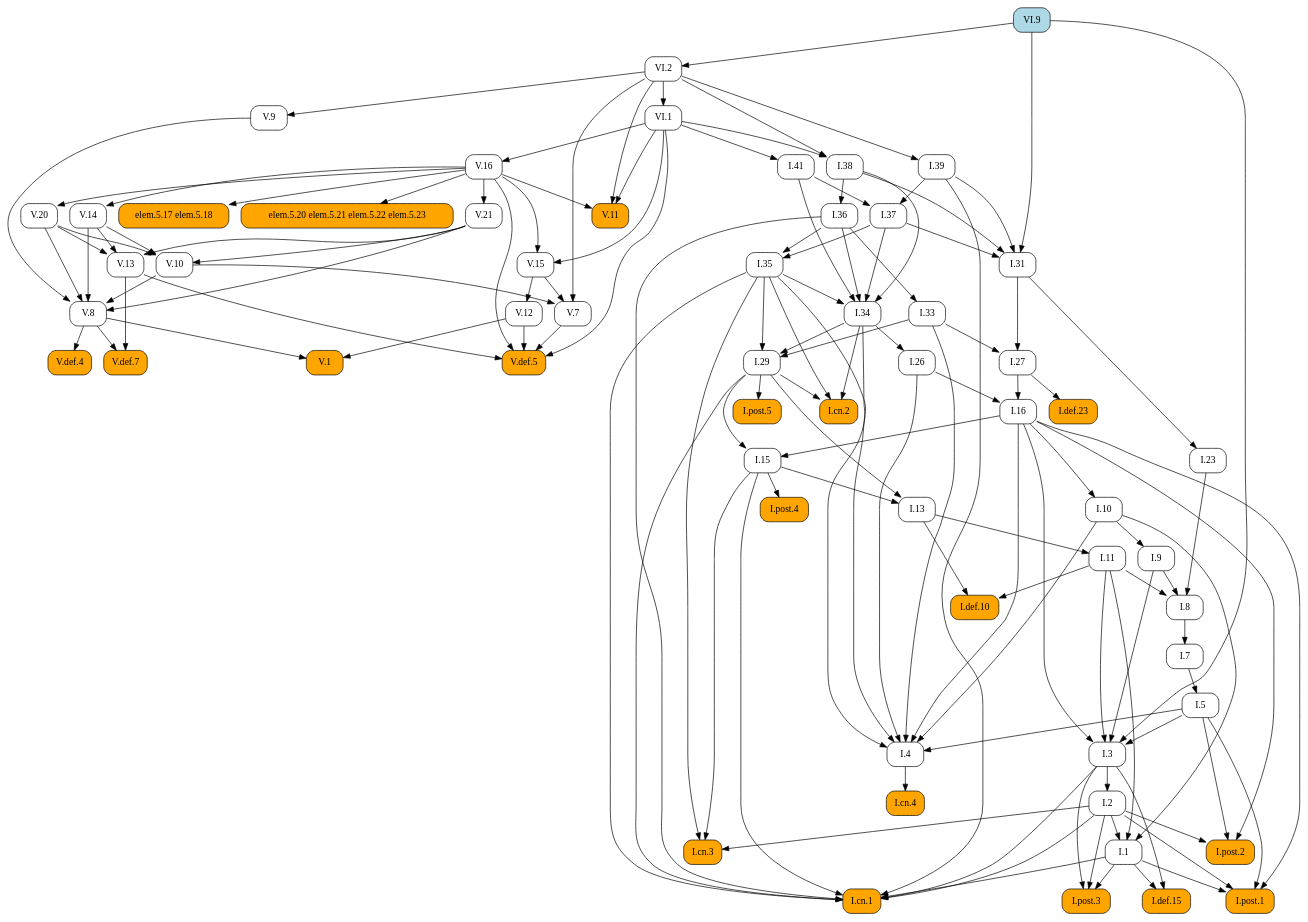
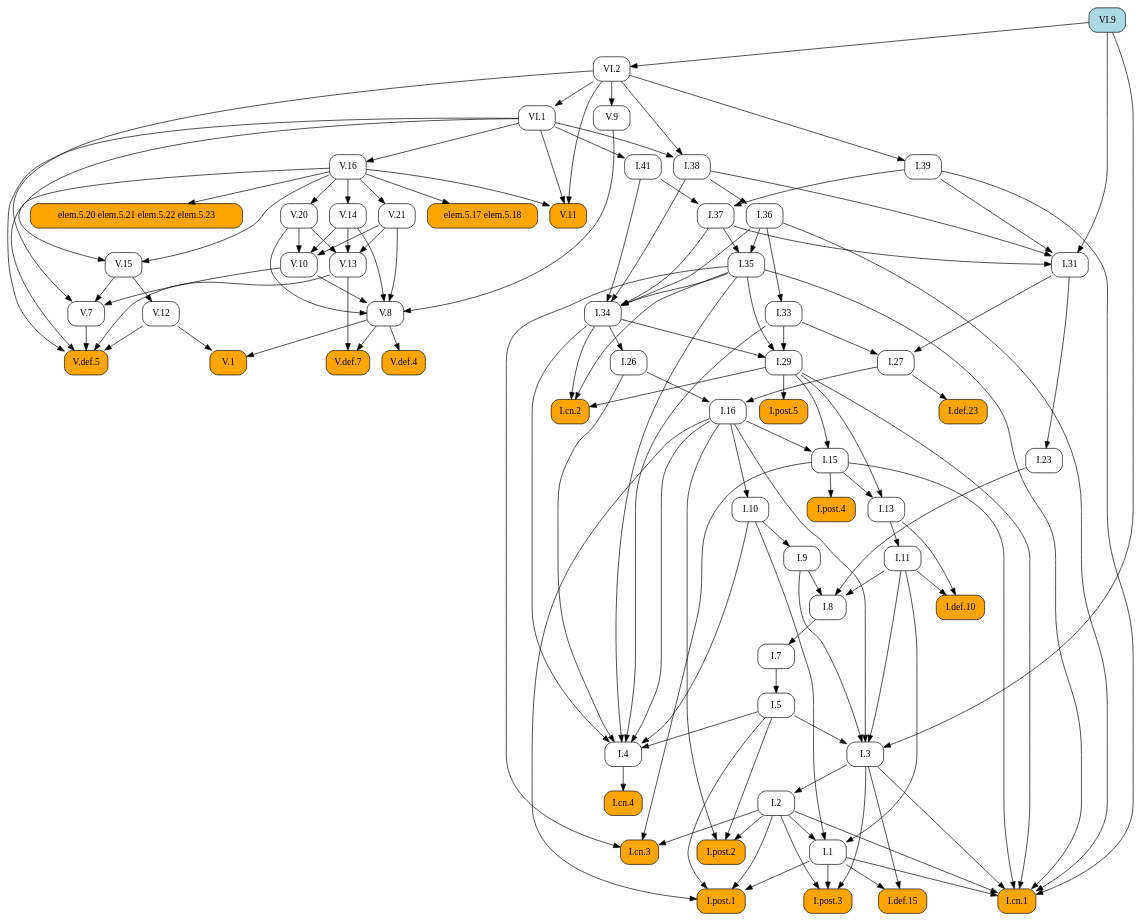
Before and after one commit to geometor/elements: the diagram in docsrc/elements2/VI/9/index.rst, drawn with Graphviz. The commit also changed other lines of this file and 171 other files, not shown here.

```diff
--- a/docsrc/elements2/VI/9/index.rst
+++ b/docsrc/elements2/VI/9/index.rst
@@ -49,165 +49,137 @@
    digraph {
      rankdir="TB";
      node [shape=box, style=rounded];
-     "I.37" [URL="/elements2/I/37/", target="_top"];
+     "I.8" [URL="/elements2/I/8/", target="_top"];
+     "V.20" [URL="/elements2/V/20/", target="_top"];
+     "I.36" [URL="/elements2/I/36/", target="_top"];
+     "V.def.5" [style="rounded,filled", fillcolor=orange, URL="/elements2/V/def.5/", target="_top"];
+     "V.def.7" [style="rounded,filled", fillcolor=orange, URL="/elements2/V/def.7/", target="_top"];
+     "I.post.1" [style="rounded,filled", fillcolor=orange, URL="/elements2/I/post.1/", target="_top"];
+     "V.def.4" [style="rounded,filled", fillcolor=orange, URL="/elements2/V/def.4/", target="_top"];
+     "I.33" [URL="/elements2/I/33/", target="_top"];
+     "I.5" [URL="/elements2/I/5/", target="_top"];
+     "I.38" [URL="/elements2/I/38/", target="_top"];
      "elem.5.17 elem.5.18" [style="rounded,filled", fillcolor=orange];
+     "VI.1" [URL="/elements2/VI/1/", target="_top"];
+     "V.11" [style="rounded,filled", fillcolor=orange, URL="/elements2/V/11/", target="_top"];
+     "I.post.5" [style="rounded,filled", fillcolor=orange, URL="/elements2/I/post.5/", target="_top"];
+     "V.13" [URL="/elements2/V/13/", target="_top"];
+     "I.def.10" [style="rounded,filled", fillcolor=orange, URL="/elements2/I/def.10/", target="_top"];
+     "I.cn.2" [style="rounded,filled", fillcolor=orange, URL="/elements2/I/cn.2/", target="_top"];
+     "I.def.15" [style="rounded,filled", fillcolor=orange, URL="/elements2/I/def.15/", target="_top"];
+     "V.9" [URL="/elements2/V/9/", target="_top"];
+     "V.16" [URL="/elements2/V/16/", target="_top"];
+     "I.31" [URL="/elements2/I/31/", target="_top"];
+     "V.15" [URL="/elements2/V/15/", target="_top"];
+     "I.11" [URL="/elements2/I/11/", target="_top"];
+     "I.3" [URL="/elements2/I/3/", target="_top"];
+     "I.post.2" [style="rounded,filled", fillcolor=orange, URL="/elements2/I/post.2/", target="_top"];
+     "I.def.23" [style="rounded,filled", fillcolor=orange, URL="/elements2/I/def.23/", target="_top"];
+     "I.26" [URL="/elements2/I/26/", target="_top"];
+     "VI.9" [style="rounded,filled", fillcolor=lightblue, URL="/elements2/VI/9/", target="_top"];
+     "V.14" [URL="/elements2/V/14/", target="_top"];
+     "V.10" [URL="/elements2/V/10/", target="_top"];
+     "I.1" [URL="/elements2/I/1/", target="_top"];
+     "I.cn.3" [style="rounded,filled", fillcolor=orange, URL="/elements2/I/cn.3/", target="_top"];
+     "I.cn.4" [style="rounded,filled", fillcolor=orange, URL="/elements2/I/cn.4/", target="_top"];
+     "I.7" [URL="/elements2/I/7/", target="_top"];
+     "I.9" [URL="/elements2/I/9/", target="_top"];
      "V.7" [URL="/elements2/V/7/", target="_top"];
-     "I.def.10" [style="rounded,filled", fillcolor=orange, URL="/elements2/I/def.10/", target="_top"];
-     "I.34" [URL="/elements2/I/34/", target="_top"];
-     "I.def.15" [style="rounded,filled", fillcolor=orange, URL="/elements2/I/def.15/", target="_top"];
-     "V.def.5" [style="rounded,filled", fillcolor=orange, URL="/elements2/V/def.5/", target="_top"];
-     "I.post.3" [style="rounded,filled", fillcolor=orange, URL="/elements2/I/post.3/", target="_top"];
-     "I.cn.4" [style="rounded,filled", fillcolor=orange, URL="/elements2/I/cn.4/", target="_top"];
-     "V.def.7" [style="rounded,filled", fillcolor=orange, URL="/elements2/V/def.7/", target="_top"];
-     "VI.9" [style="rounded,filled", fillcolor=lightblue, URL="/elements2/VI/9/", target="_top"];
-     "I.41" [URL="/elements2/I/41/", target="_top"];
-     "I.36" [URL="/elements2/I/36/", target="_top"];
-     "I.27" [URL="/elements2/I/27/", target="_top"];
-     "V.10" [URL="/elements2/V/10/", target="_top"];
-     "I.post.2" [style="rounded,filled", fillcolor=orange, URL="/elements2/I/post.2/", target="_top"];
-     "I.13" [URL="/elements2/I/13/", target="_top"];
-     "I.10" [URL="/elements2/I/10/", target="_top"];
-     "I.post.1" [style="rounded,filled", fillcolor=orange, URL="/elements2/I/post.1/", target="_top"];
-     "I.7" [URL="/elements2/I/7/", target="_top"];
-     "V.15" [URL="/elements2/V/15/", target="_top"];
-     "V.14" [URL="/elements2/V/14/", target="_top"];
-     "I.11" [URL="/elements2/I/11/", target="_top"];
-     "I.4" [URL="/elements2/I/4/", target="_top"];
-     "V.13" [URL="/elements2/V/13/", target="_top"];
-     "V.16" [URL="/elements2/V/16/", target="_top"];
+     "I.cn.1" [style="rounded,filled", fillcolor=orange, URL="/elements2/I/cn.1/", target="_top"];
+     "I.29" [URL="/elements2/I/29/", target="_top"];
+     "I.16" [URL="/elements2/I/16/", target="_top"];
      "V.1" [style="rounded,filled", fillcolor=orange, URL="/elements2/V/1/", target="_top"];
-     "I.16" [URL="/elements2/I/16/", target="_top"];
-     "I.def.23" [style="rounded,filled", fillcolor=orange, URL="/elements2/I/def.23/", target="_top"];
+     "V.12" [URL="/elements2/V/12/", target="_top"];
      "V.21" [URL="/elements2/V/21/", target="_top"];
      "elem.5.20 elem.5.21 elem.5.22 elem.5.23" [style="rounded,filled", fillcolor=orange];
-     "I.9" [URL="/elements2/I/9/", target="_top"];
+     "I.41" [URL="/elements2/I/41/", target="_top"];
+     "I.35" [URL="/elements2/I/35/", target="_top"];
      "I.2" [URL="/elements2/I/2/", target="_top"];
-     "I.38" [URL="/elements2/I/38/", target="_top"];
+     "I.13" [URL="/elements2/I/13/", target="_top"];
+     "I.27" [URL="/elements2/I/27/", target="_top"];
+     "I.37" [URL="/elements2/I/37/", target="_top"];
+     "I.4" [URL="/elements2/I/4/", target="_top"];
+     "V.8" [URL="/elements2/V/8/", target="_top"];
+     "VI.2" [URL="/elements2/VI/2/", target="_top"];
+     "I.39" [URL="/elements2/I/39/", target="_top"];
+     "I.10" [URL="/elements2/I/10/", target="_top"];
+     "I.15" [URL="/elements2/I/15/", target="_top"];
+     "I.post.4" [style="rounded,filled", fillcolor=orange, URL="/elements2/I/post.4/", target="_top"];
+     "I.34" [URL="/elements2/I/34/", target="_top"];
      "I.23" [URL="/elements2/I/23/", target="_top"];
-     "I.8" [URL="/elements2/I/8/", target="_top"];
-     "I.15" [URL="/elements2/I/15/", target="_top"];
-     "VI.2" [URL="/elements2/VI/2/", target="_top"];
-     "I.26" [URL="/elements2/I/26/", target="_top"];
-     "I.cn.2" [style="rounded,filled", fillcolor=orange, URL="/elements2/I/cn.2/", target="_top"];
-     "I.post.5" [style="rounded,filled", fillcolor=orange, URL="/elements2/I/post.5/", target="_top"];
-     "VI.1" [URL="/elements2/VI/1/", target="_top"];
-     "I.1" [URL="/elements2/I/1/", target="_top"];
-     "I.35" [URL="/elements2/I/35/", target="_top"];
-     "V.def.4" [style="rounded,filled", fillcolor=orange, URL="/elements2/V/def.4/", target="_top"];
-     "V.11" [style="rounded,filled", fillcolor=orange, URL="/elements2/V/11/", target="_top"];
-     "V.12" [URL="/elements2/V/12/", target="_top"];
-     "I.33" [URL="/elements2/I/33/", target="_top"];
-     "I.31" [URL="/elements2/I/31/", target="_top"];
-     "I.post.4" [style="rounded,filled", fillcolor=orange, URL="/elements2/I/post.4/", target="_top"];
-     "I.39" [URL="/elements2/I/39/", target="_top"];
-     "I.cn.1" [style="rounded,filled", fillcolor=orange, URL="/elements2/I/cn.1/", target="_top"];
-     "I.3" [URL="/elements2/I/3/", target="_top"];
-     "I.cn.3" [style="rounded,filled", fillcolor=orange, URL="/elements2/I/cn.3/", target="_top"];
-     "V.9" [URL="/elements2/V/9/", target="_top"];
-     "I.29" [URL="/elements2/I/29/", target="_top"];
-     "I.5" [URL="/elements2/I/5/", target="_top"];
-     "V.8" [URL="/elements2/V/8/", target="_top"];
-     "V.20" [URL="/elements2/V/20/", target="_top"];
-     "I.39" -> "I.37";
-     "I.41" -> "I.37";
-     "V.16" -> "elem.5.17 elem.5.18";
-     "V.10" -> "V.7";
-     "V.15" -> "V.7";
-     "VI.2" -> "V.7";
-     "I.11" -> "I.def.10";
-     "I.13" -> "I.def.10";
-     "I.35" -> "I.34";
-     "I.36" -> "I.34";
-     "I.37" -> "I.34";
-     "I.38" -> "I.34";
-     "I.41" -> "I.34";
-     "I.1" -> "I.def.15";
-     "I.3" -> "I.def.15";
+     "I.post.3" [style="rounded,filled", fillcolor=orange, URL="/elements2/I/post.3/", target="_top"];
+     "I.9" -> "I.8";
+     "I.11" -> "I.8";
+     "I.23" -> "I.8";
+     "V.16" -> "V.20";
+     "I.38" -> "I.36";
      "V.7" -> "V.def.5";
      "V.12" -> "V.def.5";
      "V.13" -> "V.def.5";
      "V.16" -> "V.def.5";
      "VI.1" -> "V.def.5";
-     "I.1" -> "I.post.3";
-     "I.2" -> "I.post.3";
-     "I.3" -> "I.post.3";
-     "I.4" -> "I.cn.4";
      "V.8" -> "V.def.7";
      "V.13" -> "V.def.7";
-     "VI.1" -> "I.41";
-     "I.38" -> "I.36";
-     "I.31" -> "I.27";
-     "I.33" -> "I.27";
-     "V.14" -> "V.10";
-     "V.20" -> "V.10";
-     "V.21" -> "V.10";
-     "I.2" -> "I.post.2";
-     "I.5" -> "I.post.2";
-     "I.16" -> "I.post.2";
-     "I.15" -> "I.13";
-     "I.29" -> "I.13";
-     "I.16" -> "I.10";
      "I.1" -> "I.post.1";
      "I.2" -> "I.post.1";
      "I.5" -> "I.post.1";
      "I.16" -> "I.post.1";
-     "I.8" -> "I.7";
-     "V.16" -> "V.15";
-     "VI.1" -> "V.15";
-     "V.16" -> "V.14";
-     "I.13" -> "I.11";
-     "I.5" -> "I.4";
-     "I.10" -> "I.4";
-     "I.16" -> "I.4";
-     "I.26" -> "I.4";
-     "I.33" -> "I.4";
-     "I.34" -> "I.4";
-     "I.35" -> "I.4";
+     "V.8" -> "V.def.4";
+     "I.36" -> "I.33";
+     "I.7" -> "I.5";
+     "VI.1" -> "I.38";
+     "VI.2" -> "I.38";
+     "V.16" -> "elem.5.17 elem.5.18";
+     "VI.2" -> "VI.1";
+     "V.16" -> "V.11";
+     "VI.1" -> "V.11";
+     "VI.2" -> "V.11";
+     "I.29" -> "I.post.5";
      "V.14" -> "V.13";
      "V.20" -> "V.13";
      "V.21" -> "V.13";
-     "VI.1" -> "V.16";
-     "V.8" -> "V.1";
-     "V.12" -> "V.1";
-     "I.26" -> "I.16";
-     "I.27" -> "I.16";
-     "I.27" -> "I.def.23";
-     "V.16" -> "V.21";
-     "V.16" -> "elem.5.20 elem.5.21 elem.5.22 elem.5.23";
-     "I.10" -> "I.9";
-     "I.3" -> "I.2";
-     "VI.1" -> "I.38";
-     "VI.2" -> "I.38";
-     "I.31" -> "I.23";
-     "I.9" -> "I.8";
-     "I.11" -> "I.8";
-     "I.23" -> "I.8";
-     "I.16" -> "I.15";
-     "I.29" -> "I.15";
-     "VI.9" -> "VI.2";
-     "I.34" -> "I.26";
+     "I.11" -> "I.def.10";
+     "I.13" -> "I.def.10";
      "I.29" -> "I.cn.2";
      "I.34" -> "I.cn.2";
      "I.35" -> "I.cn.2";
-     "I.29" -> "I.post.5";
-     "VI.2" -> "VI.1";
-     "I.2" -> "I.1";
-     "I.10" -> "I.1";
-     "I.11" -> "I.1";
-     "I.36" -> "I.35";
-     "I.37" -> "I.35";
-     "V.8" -> "V.def.4";
-     "V.16" -> "V.11";
-     "VI.1" -> "V.11";
-     "VI.2" -> "V.11";
-     "V.15" -> "V.12";
-     "I.36" -> "I.33";
+     "I.1" -> "I.def.15";
+     "I.3" -> "I.def.15";
+     "VI.2" -> "V.9";
+     "VI.1" -> "V.16";
      "I.37" -> "I.31";
      "I.38" -> "I.31";
      "I.39" -> "I.31";
      "VI.9" -> "I.31";
-     "I.15" -> "I.post.4";
-     "VI.2" -> "I.39";
+     "V.16" -> "V.15";
+     "VI.1" -> "V.15";
+     "I.13" -> "I.11";
+     "I.5" -> "I.3";
+     "I.9" -> "I.3";
+     "I.11" -> "I.3";
+     "I.16" -> "I.3";
+     "VI.9" -> "I.3";
+     "I.2" -> "I.post.2";
+     "I.5" -> "I.post.2";
+     "I.16" -> "I.post.2";
+     "I.27" -> "I.def.23";
+     "I.34" -> "I.26";
+     "V.16" -> "V.14";
+     "V.14" -> "V.10";
+     "V.20" -> "V.10";
+     "V.21" -> "V.10";
+     "I.2" -> "I.1";
+     "I.10" -> "I.1";
+     "I.11" -> "I.1";
+     "I.2" -> "I.cn.3";
+     "I.15" -> "I.cn.3";
+     "I.35" -> "I.cn.3";
+     "I.4" -> "I.cn.4";
+     "I.8" -> "I.7";
+     "I.10" -> "I.9";
+     "V.10" -> "V.7";
+     "V.15" -> "V.7";
+     "VI.2" -> "V.7";
      "I.1" -> "I.cn.1";
      "I.2" -> "I.cn.1";
      "I.3" -> "I.cn.1";
@@ -216,23 +188,51 @@
      "I.35" -> "I.cn.1";
      "I.36" -> "I.cn.1";
      "I.39" -> "I.cn.1";
-     "I.5" -> "I.3";
-     "I.9" -> "I.3";
-     "I.11" -> "I.3";
-     "I.16" -> "I.3";
-     "VI.9" -> "I.3";
-     "I.2" -> "I.cn.3";
-     "I.15" -> "I.cn.3";
-     "I.35" -> "I.cn.3";
-     "VI.2" -> "V.9";
      "I.33" -> "I.29";
      "I.34" -> "I.29";
      "I.35" -> "I.29";
-     "I.7" -> "I.5";
+     "I.26" -> "I.16";
+     "I.27" -> "I.16";
+     "V.8" -> "V.1";
+     "V.12" -> "V.1";
+     "V.15" -> "V.12";
+     "V.16" -> "V.21";
+     "V.16" -> "elem.5.20 elem.5.21 elem.5.22 elem.5.23";
+     "VI.1" -> "I.41";
+     "I.36" -> "I.35";
+     "I.37" -> "I.35";
+     "I.3" -> "I.2";
+     "I.15" -> "I.13";
+     "I.29" -> "I.13";
+     "I.31" -> "I.27";
+     "I.33" -> "I.27";
+     "I.39" -> "I.37";
+     "I.41" -> "I.37";
+     "I.5" -> "I.4";
+     "I.10" -> "I.4";
+     "I.16" -> "I.4";
+     "I.26" -> "I.4";
+     "I.33" -> "I.4";
+     "I.34" -> "I.4";
+     "I.35" -> "I.4";
      "V.9" -> "V.8";
      "V.10" -> "V.8";
      "V.14" -> "V.8";
      "V.20" -> "V.8";
      "V.21" -> "V.8";
-     "V.16" -> "V.20";
+     "VI.9" -> "VI.2";
+     "VI.2" -> "I.39";
+     "I.16" -> "I.10";
+     "I.16" -> "I.15";
+     "I.29" -> "I.15";
+     "I.15" -> "I.post.4";
+     "I.35" -> "I.34";
+     "I.36" -> "I.34";
+     "I.37" -> "I.34";
+     "I.38" -> "I.34";
+     "I.41" -> "I.34";
+     "I.31" -> "I.23";
+     "I.1" -> "I.post.3";
+     "I.2" -> "I.post.3";
+     "I.3" -> "I.post.3";
    }
```
